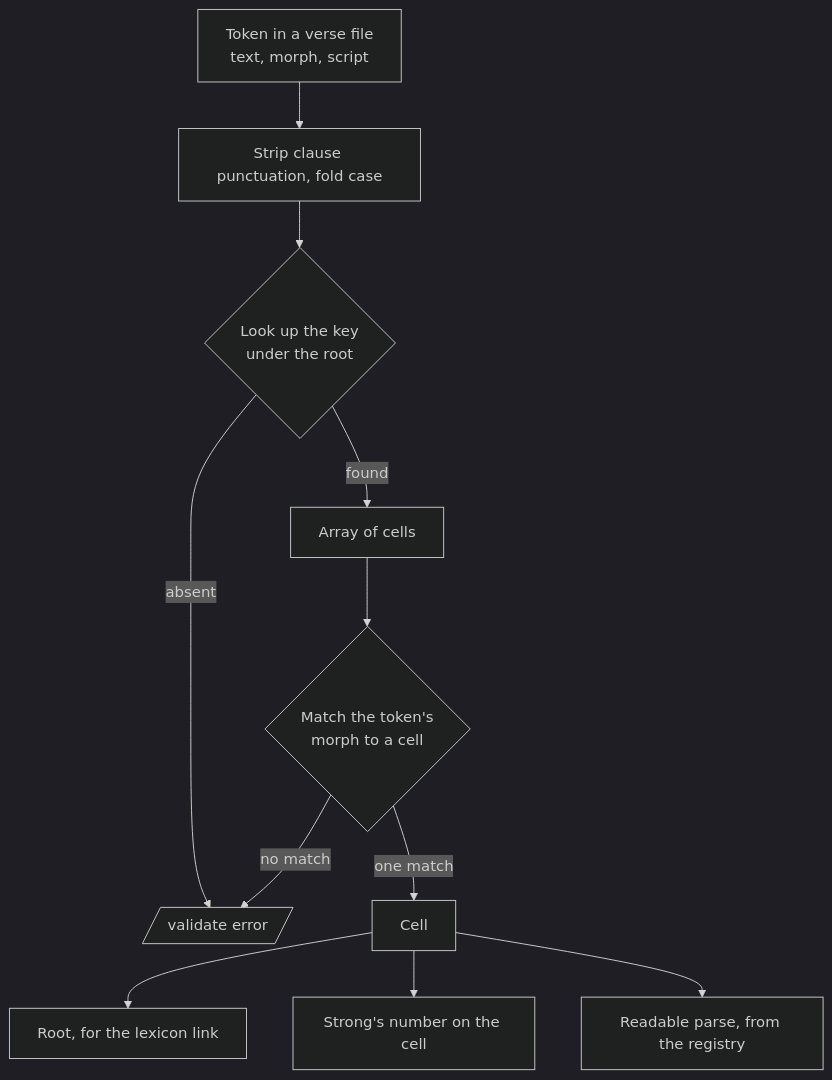
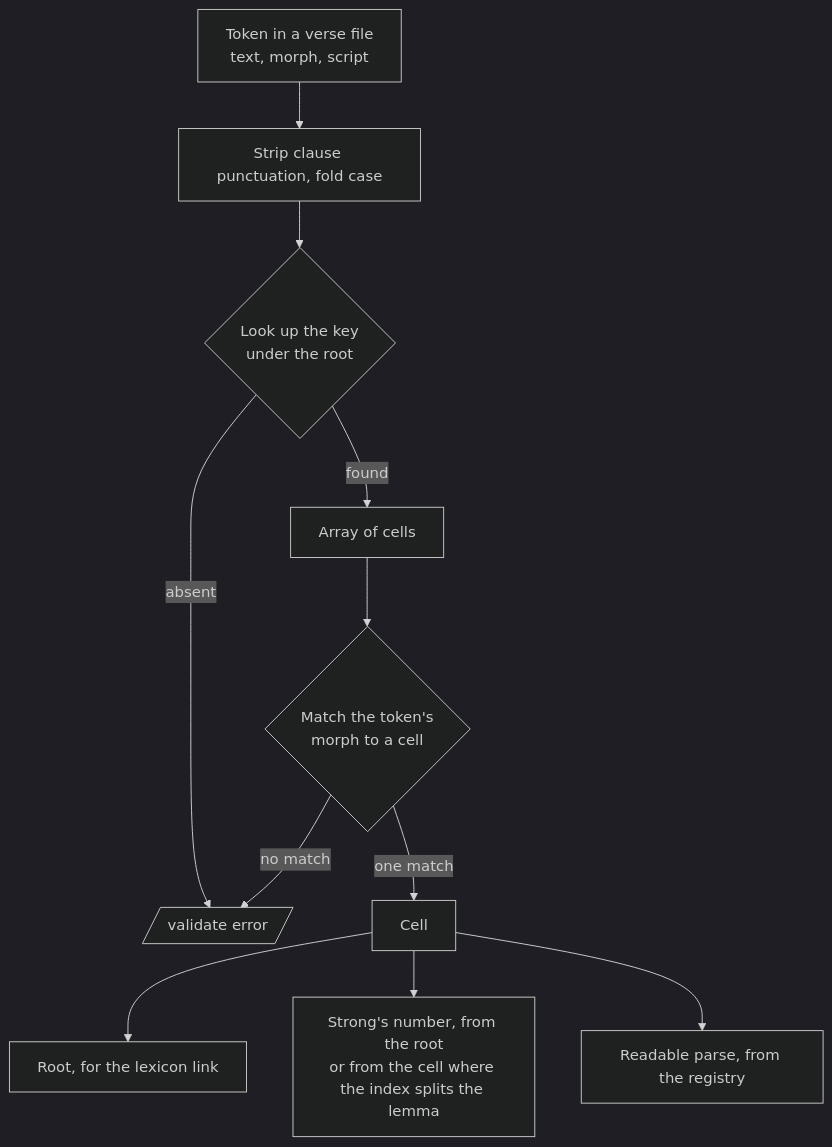
Before and after one commit to LegendaryMediaTV/EGP-Graphai: the second of 2 diagrams in _specs/documentation/EGP-Graphai/lexical-map.md, drawn with Mermaid. The commit also changed other lines of this file and 349 other files, not shown here.

````diff
--- a/_specs/documentation/EGP-Graphai/lexical-map.md
+++ b/_specs/documentation/EGP-Graphai/lexical-map.md
@@ -537,14 +570,14 @@
 ```mermaid
 %%{init: {'theme': 'dark'}}%%
 flowchart TD
     Token["Token in a verse file<br/>text, morph, script"] --> Key[Strip clause punctuation, fold case]
     Key --> Lookup{Look up the key<br/>under the root}
     Lookup -->|found| Cells[Array of cells]
     Lookup -->|absent| Flag[/validate error/]
     Cells --> Match{"Match the token's<br/>morph to a cell"}
     Match -->|one match| Cell[Cell]
     Match -->|no match| Flag
     Cell --> Root["Root, for the lexicon link"]
-    Cell --> Strong["Strong's number on the cell"]
+    Cell --> Strong["Strong's number, from the root<br/>or from the cell where the index splits the lemma"]
     Cell --> Human["Readable parse, from the registry"]
 ```
````
